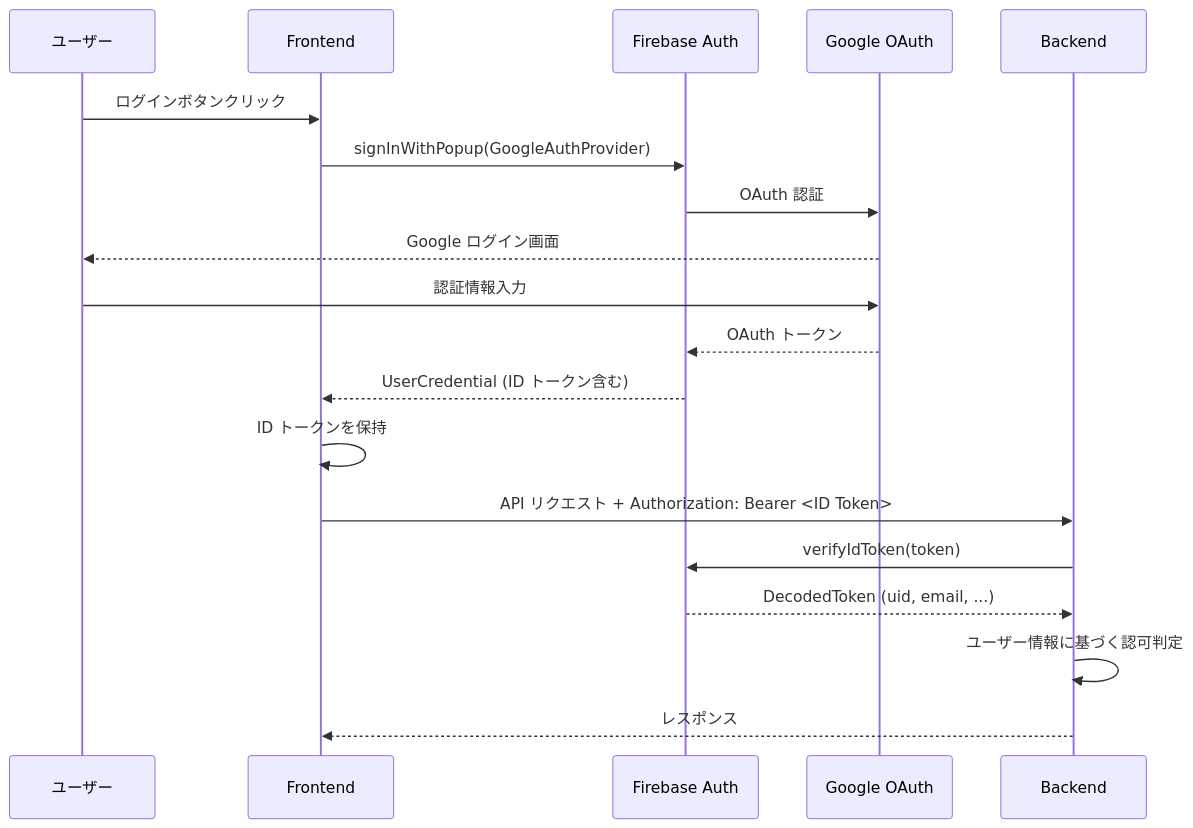
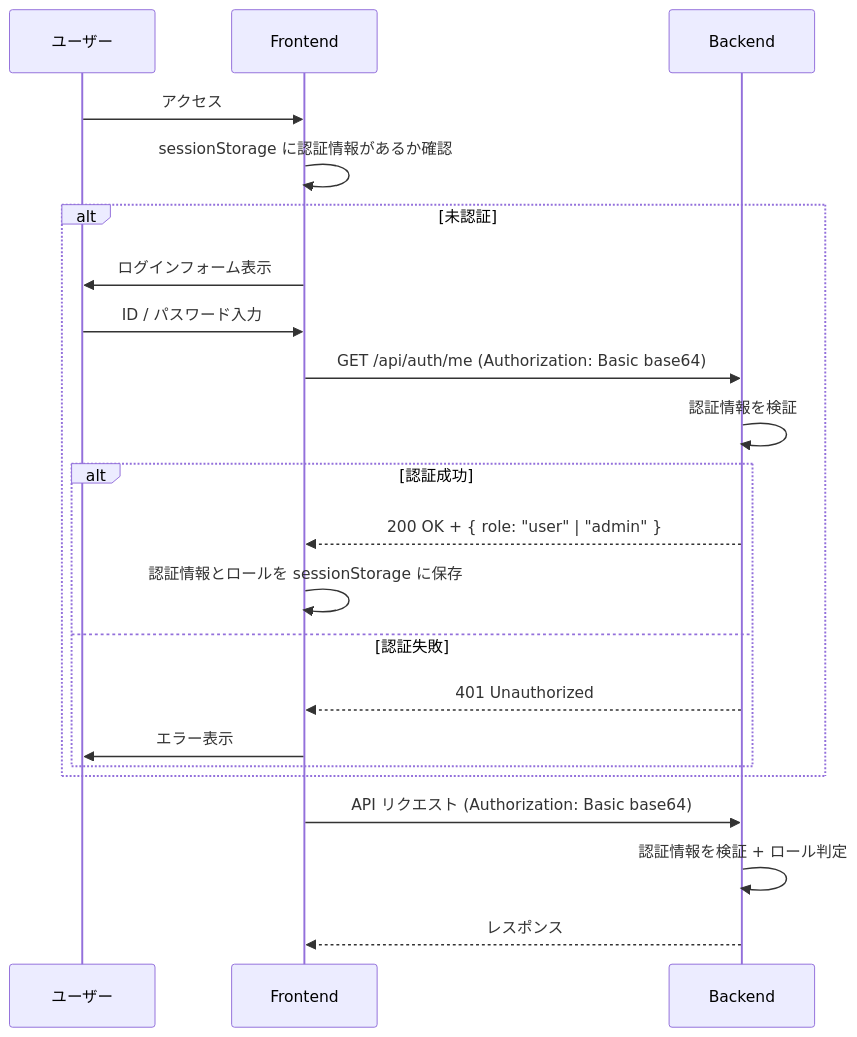
The first of 2 diagrams in docs-new/security.md (matsuda-tkm/debug-master), drawn with Mermaid before and after one commit. The commit also changed other lines of this file and 6 other files, not shown here.

Commit message:
docs: Update architecture, security, and migration documentation to reflect the transition from Firebase Authentication to Basic Authentication with user and admin roles, and remove references to the users collection in Firestore.

````diff
--- a/docs-new/security.md
+++ b/docs-new/security.md
@@ -19,23 +28,27 @@
 ```mermaid
 sequenceDiagram
     participant User as ユーザー
     participant FE as Frontend
-    participant Firebase as Firebase Auth
-    participant Google as Google OAuth
     participant BE as Backend
 
-    User->>FE: ログインボタンクリック
-    FE->>Firebase: signInWithPopup(GoogleAuthProvider)
-    Firebase->>Google: OAuth 認証
-    Google-->>User: Google ログイン画面
-    User->>Google: 認証情報入力
-    Google-->>Firebase: OAuth トークン
-    Firebase-->>FE: UserCredential (ID トークン含む)
-    FE->>FE: ID トークンを保持
+    User->>FE: アクセス
+    FE->>FE: sessionStorage に認証情報があるか確認
 
-    FE->>BE: API リクエスト + Authorization: Bearer <ID Token>
-    BE->>Firebase: verifyIdToken(token)
-    Firebase-->>BE: DecodedToken (uid, email, ...)
-    BE->>BE: ユーザー情報に基づく認可判定
+    alt 未認証
+        FE->>User: ログインフォーム表示
+        User->>FE: ID / パスワード入力
+        FE->>BE: GET /api/auth/me (Authorization: Basic base64)
+        BE->>BE: 認証情報を検証
+        alt 認証成功
+            BE-->>FE: 200 OK + { role: "user" | "admin" }
+            FE->>FE: 認証情報とロールを sessionStorage に保存
+        else 認証失敗
+            BE-->>FE: 401 Unauthorized
+            FE->>User: エラー表示
+        end
+    end
+
+    FE->>BE: API リクエスト (Authorization: Basic base64)
+    BE->>BE: 認証情報を検証 + ロール判定
     BE-->>FE: レスポンス
 ```
````
